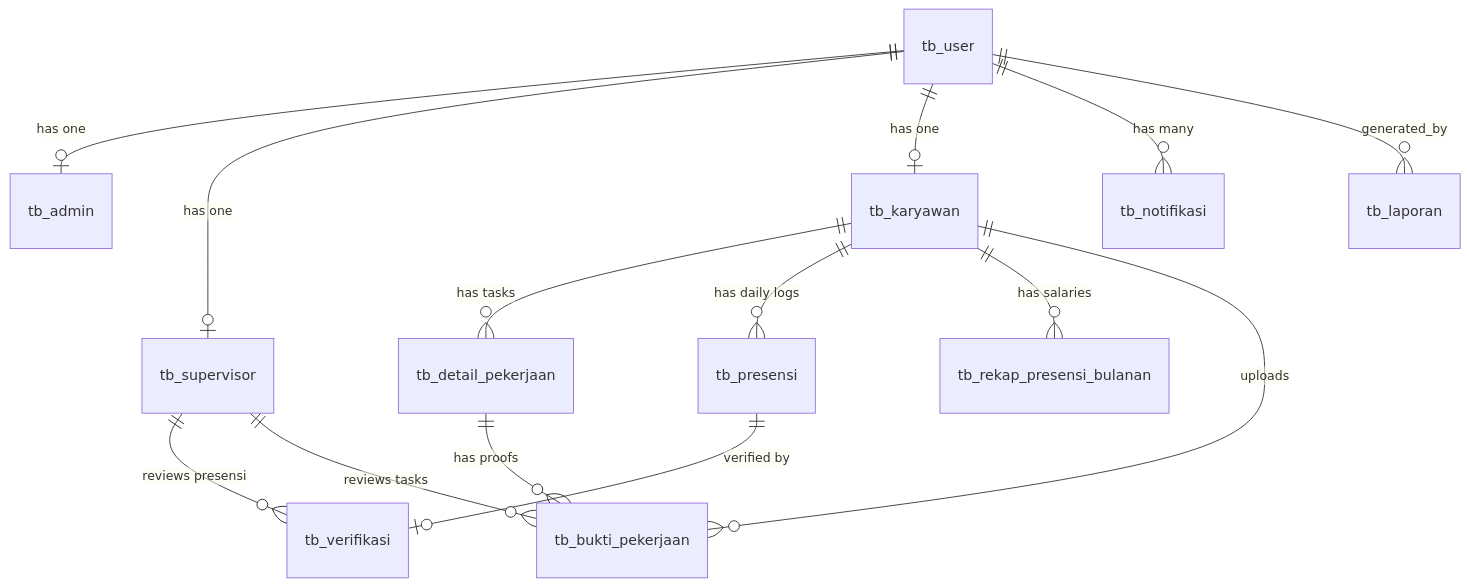
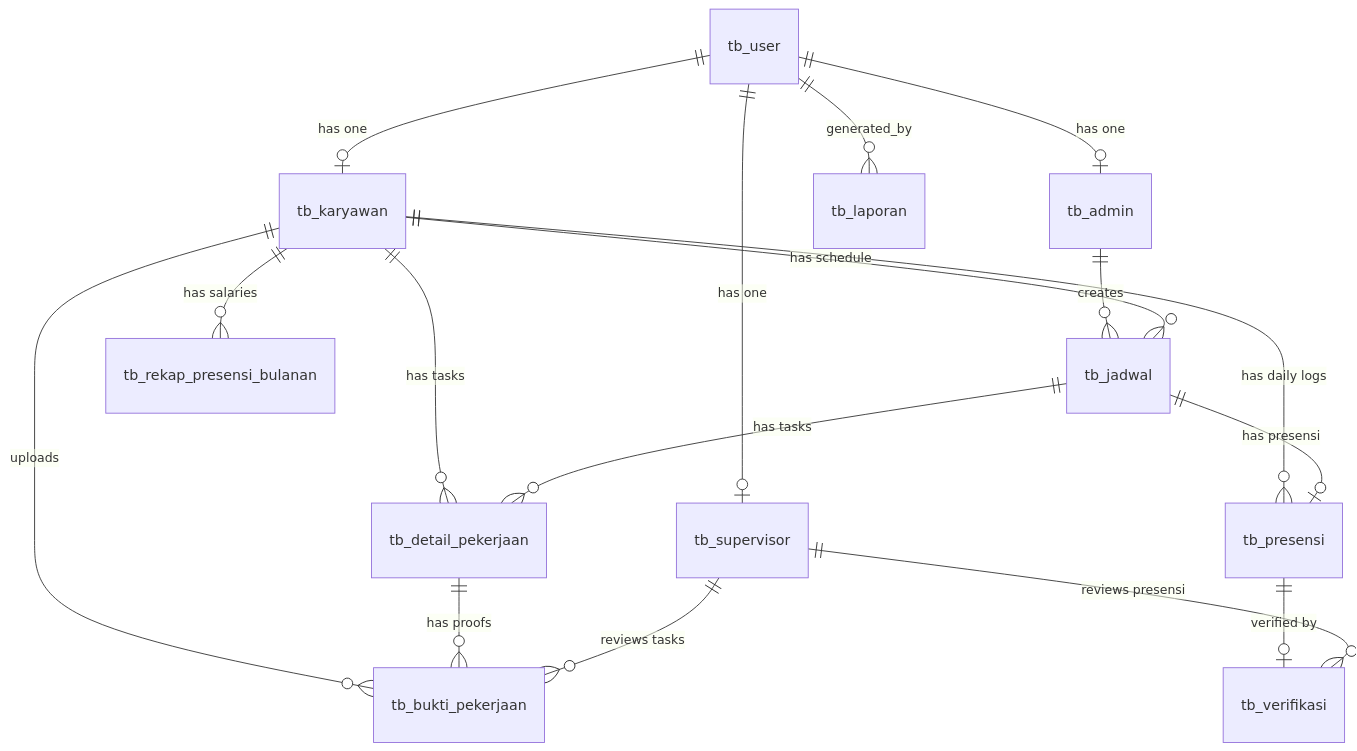
One commit to FadhilahNezaSolikhah/sistem-kepegawaian changed the diagram in docs/v2/02-database-schema.md. Above: the diagram before and after it, drawn with Mermaid. The commit also changed other lines of this file and 31 other files, not shown here.

````diff
--- a/docs/v2/02-database-schema.md
+++ b/docs/v2/02-database-schema.md
@@ -196,20 +197,25 @@
 ```mermaid
 erDiagram
     tb_user ||--o| tb_admin : "has one"
     tb_user ||--o| tb_supervisor : "has one"
     tb_user ||--o| tb_karyawan : "has one"
-    tb_user ||--o{ tb_notifikasi : "has many"
     tb_user ||--o{ tb_laporan : "generated_by"
 
+    tb_admin ||--o{ tb_jadwal : "creates"
+
+    tb_karyawan ||--o{ tb_jadwal : "has schedule"
     tb_karyawan ||--o{ tb_detail_pekerjaan : "has tasks"
     tb_karyawan ||--o{ tb_presensi : "has daily logs"
     tb_karyawan ||--o{ tb_rekap_presensi_bulanan : "has salaries"
     tb_karyawan ||--o{ tb_bukti_pekerjaan : "uploads"
+
+    tb_jadwal ||--o{ tb_detail_pekerjaan : "has tasks"
+    tb_jadwal ||--o| tb_presensi : "has presensi"
 
     tb_detail_pekerjaan ||--o{ tb_bukti_pekerjaan : "has proofs"
 
     tb_presensi ||--o| tb_verifikasi : "verified by"
 
     tb_supervisor ||--o{ tb_verifikasi : "reviews presensi"
     tb_supervisor ||--o{ tb_bukti_pekerjaan : "reviews tasks"
 ```
````
